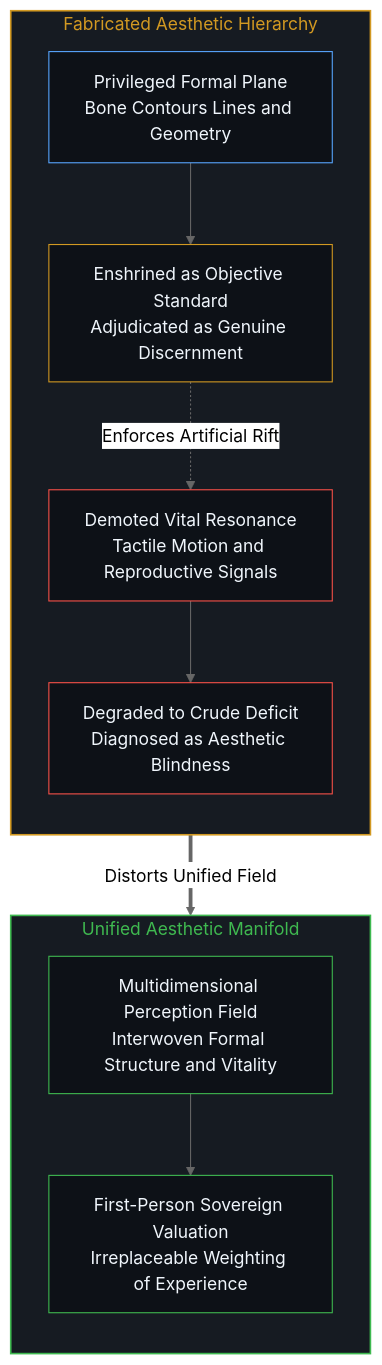
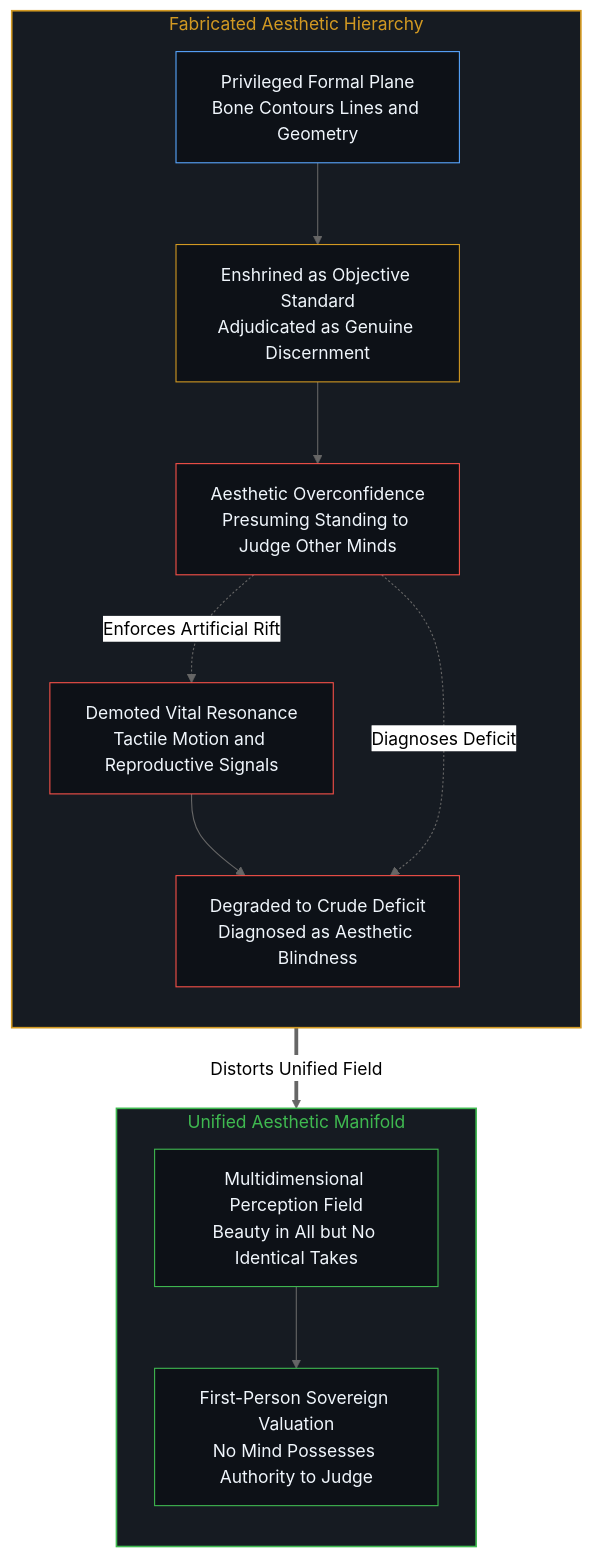
The fourth of 8 diagrams in content/posts/the-self-portrait-in-the-projection.md (powerpig99/not-a-toe), drawn with Mermaid (neutral theme) before and after one commit. The commit also changed other lines of this file and 4 other files, not shown here.

Commit message:
Refactor Post #353: incorporate critique of aesthetic overconfidence, ubiquitous beauty, and the illusion of the judging position

````diff
--- a/content/posts/the-self-portrait-in-the-projection.md
+++ b/content/posts/the-self-portrait-in-the-projection.md
@@ -110,28 +114,32 @@
 ```mermaid
 flowchart TD
   subgraph S_HIER["Fabricated Aesthetic Hierarchy"]
     direction TB
     H_HIGH["Privileged Formal Plane<br/>Bone Contours Lines and Geometry"]
     H_DECREE["Enshrined as Objective Standard<br/>Adjudicated as Genuine Discernment"]
+    H_JUDGE["Aesthetic Overconfidence<br/>Presuming Standing to Judge Other Minds"]
     H_LOW["Demoted Vital Resonance<br/>Tactile Motion and Reproductive Signals"]
     H_STIGMA["Degraded to Crude Deficit<br/>Diagnosed as Aesthetic Blindness"]
   end
   subgraph S_LOCUS["Unified Aesthetic Manifold"]
     direction TB
-    L_FIELD["Multidimensional Perception Field<br/>Interwoven Formal Structure and Vitality"]
-    L_SOV["First-Person Sovereign Valuation<br/>Irreplaceable Weighting of Experience"]
+    L_FIELD["Multidimensional Perception Field<br/>Beauty in All but No Identical Takes"]
+    L_SOV["First-Person Sovereign Valuation<br/>No Mind Possesses Authority to Judge"]
   end
   H_HIGH --> H_DECREE
+  H_DECREE --> H_JUDGE
   H_LOW --> H_STIGMA
-  H_DECREE -.->|"Enforces Artificial Rift"| H_LOW
+  H_JUDGE -.->|"Enforces Artificial Rift"| H_LOW
+  H_JUDGE -.->|"Diagnoses Deficit"| H_STIGMA
   L_FIELD --> L_SOV
   H_STIGMA ==>|"Distorts Unified Field"| L_FIELD
   style S_HIER fill:#161b22,stroke:#d29922,stroke-width:1.5px,color:#d29922
   style S_LOCUS fill:#161b22,stroke:#3fb950,stroke-width:1.5px,color:#3fb950
   style H_HIGH fill:#0d1117,stroke:#58a6ff,stroke-width:1px,color:#f0f6fc
   style H_DECREE fill:#0d1117,stroke:#d29922,stroke-width:1px,color:#f0f6fc
+  style H_JUDGE fill:#0d1117,stroke:#f85149,stroke-width:1px,color:#f0f6fc
   style H_LOW fill:#0d1117,stroke:#f85149,stroke-width:1px,color:#f0f6fc
   style H_STIGMA fill:#0d1117,stroke:#f85149,stroke-width:1px,color:#f0f6fc
   style L_FIELD fill:#0d1117,stroke:#3fb950,stroke-width:1px,color:#f0f6fc
   style L_SOV fill:#0d1117,stroke:#3fb950,stroke-width:1px,color:#f0f6fc
 ```
````
